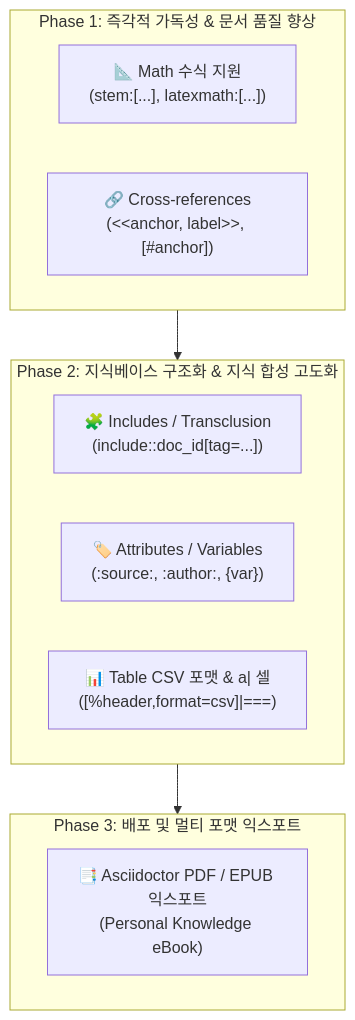
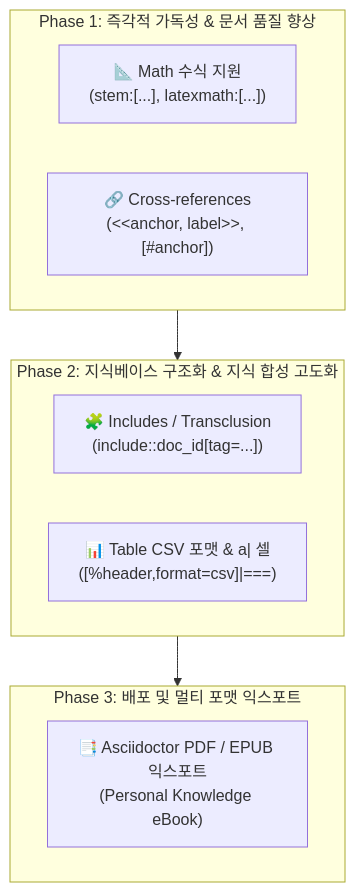
Before and after one commit to fofwisdom/claire-bible: the diagram in docs/origin/design/ASCIIDOC_ENHANCEMENT_DESIGN.md, drawn with Mermaid. The commit also changed other lines of this file and 28 other files, not shown here.

````diff
--- a/docs/origin/design/ASCIIDOC_ENHANCEMENT_DESIGN.md
+++ b/docs/origin/design/ASCIIDOC_ENHANCEMENT_DESIGN.md
@@ -36,19 +36,18 @@
 ```mermaid
 flowchart TD
     subgraph Phase1["Phase 1: 즉각적 가독성 & 문서 품질 향상"]
         M["📐 Math 수식 지원<br>(stem:[...], latexmath:[...])"]
         X["🔗 Cross-references<br>(&lt;&lt;anchor, label&gt;&gt;, [#anchor])"]
     end
 
     subgraph Phase2["Phase 2: 지식베이스 구조화 & 지식 합성 고도화"]
         I["🧩 Includes / Transclusion<br>(include::doc_id[tag=...])"]
-        A["🏷️ Attributes / Variables<br>(:source:, :author:, {var})"]
         T["📊 Table CSV 포맷 & a| 셀<br>([%header,format=csv]|===)"]
     end
 
     subgraph Phase3["Phase 3: 배포 및 멀티 포맷 익스포트"]
         E["📑 Asciidoctor PDF / EPUB 익스포트<br>(Personal Knowledge eBook)"]
     end
 
     Phase1 --> Phase2 --> Phase3
 ```
````
